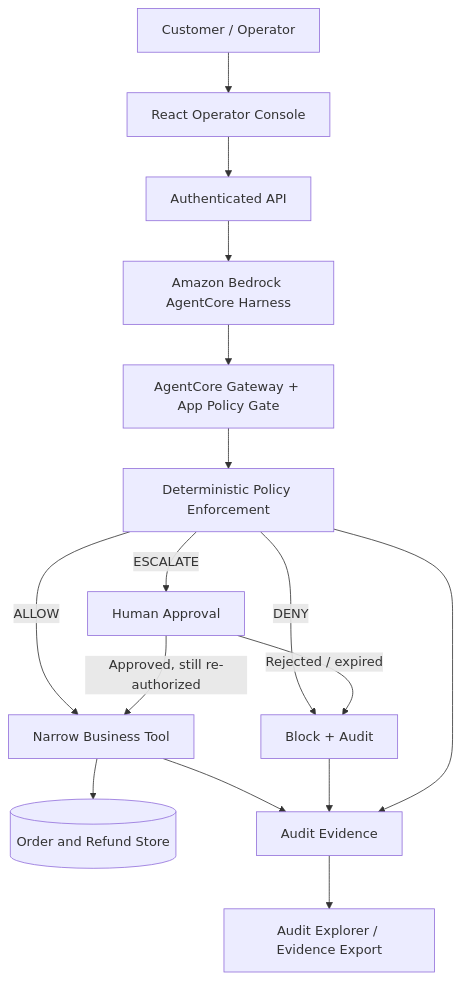
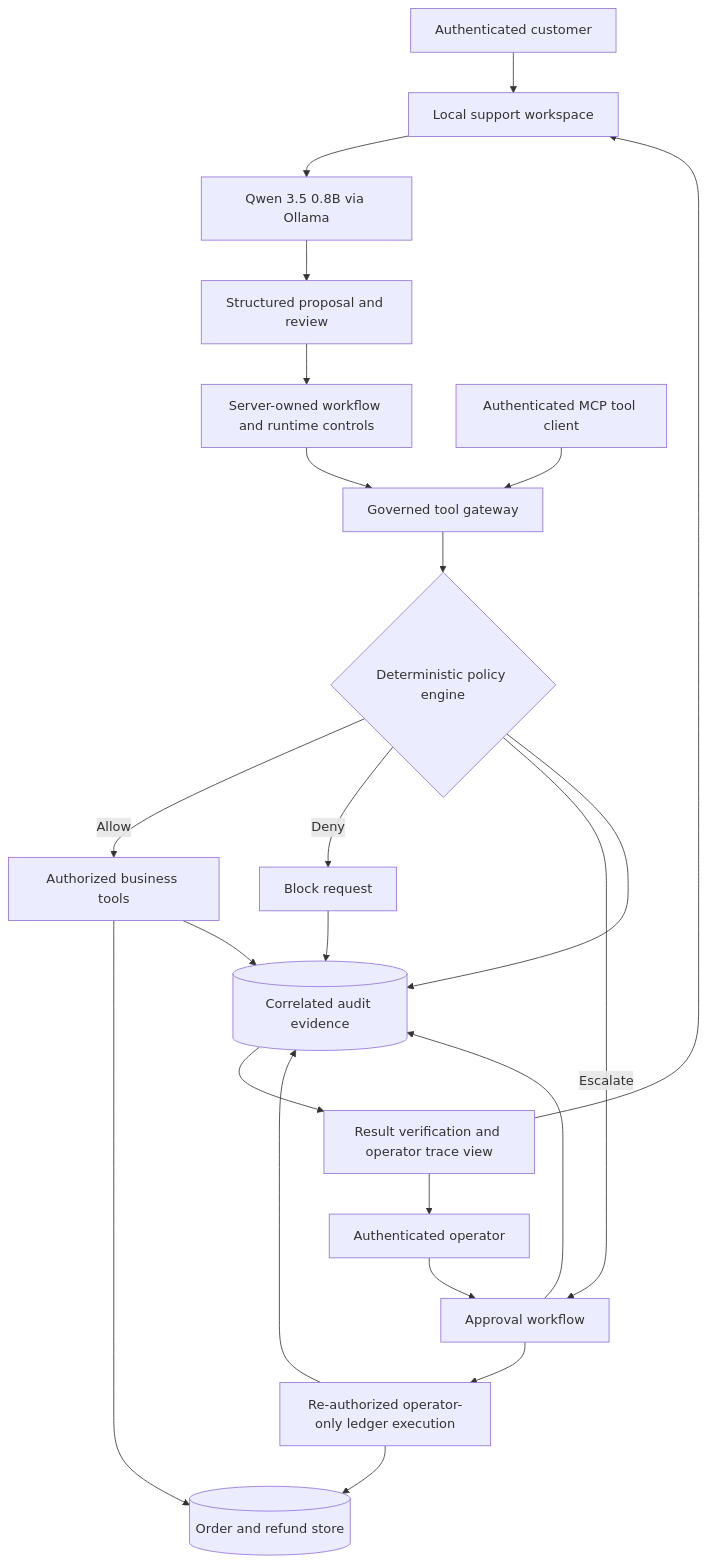
Before and after one commit to KUNDURUHIMANEESHREDDY/shadow-hunter: the diagram in README.md, drawn with Mermaid. The commit also changed other lines of this file, not shown here.

Commit message:
Rewrite README around verified local governance architecture and reproducible demo

````diff
--- a/README.md
+++ b/README.md
@@ -59,18 +36,25 @@
 ```mermaid
 flowchart TD
-  U["Customer / Operator"] --> UI["React Operator Console"]
-  UI --> API["Authenticated API"]
-  API --> A["Amazon Bedrock AgentCore Harness"]
-  A --> G["AgentCore Gateway + App Policy Gate"]
-  G --> P["Deterministic Policy Enforcement"]
-  P -->|ALLOW| T["Narrow Business Tool"]
-  P -->|DENY| D["Block + Audit"]
-  P -->|ESCALATE| H["Human Approval"]
-  H -->|Approved, still re-authorized| T
-  H -->|Rejected / expired| D
-  T --> DB[("Order and Refund Store")]
-  T --> L["Audit Evidence"]
-  D --> L
-  P --> L
-  L --> S["Audit Explorer / Evidence Export"]
+    U["Authenticated customer"] --> W["Local support workspace"]
+    W --> P["Qwen 3.5 0.8B via Ollama"]
+    P --> R["Structured proposal and review"]
+    R --> C["Server-owned workflow and runtime controls"]
+    C --> G["Governed tool gateway"]
+    M["Authenticated MCP tool client"] --> G
+    G --> D{"Deterministic policy engine"}
+    D -->|Allow| T["Authorized business tools"]
+    D -->|Deny| B["Block request"]
+    D -->|Escalate| A["Approval workflow"]
+    O["Authenticated operator"] --> A
+    A --> E["Re-authorized operator-only ledger execution"]
+    T --> S[("Order and refund store")]
+    E --> S
+    D --> L[("Correlated audit evidence")]
+    B --> L
+    A --> L
+    T --> L
+    E --> L
+    L --> V["Result verification and operator trace view"]
+    V --> W
+    V --> O
 ```
````
